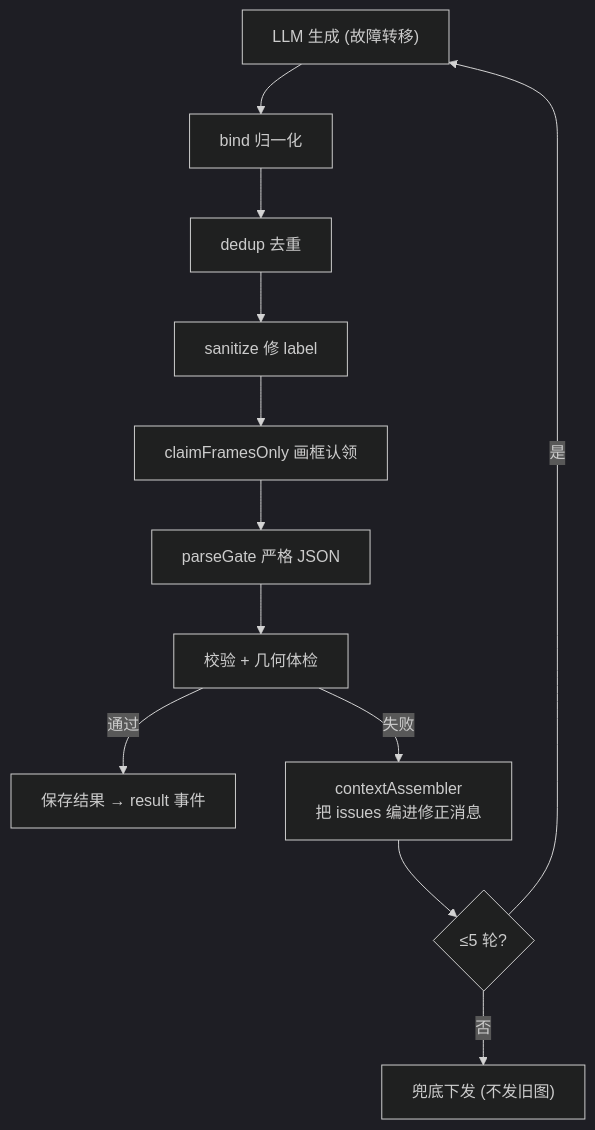
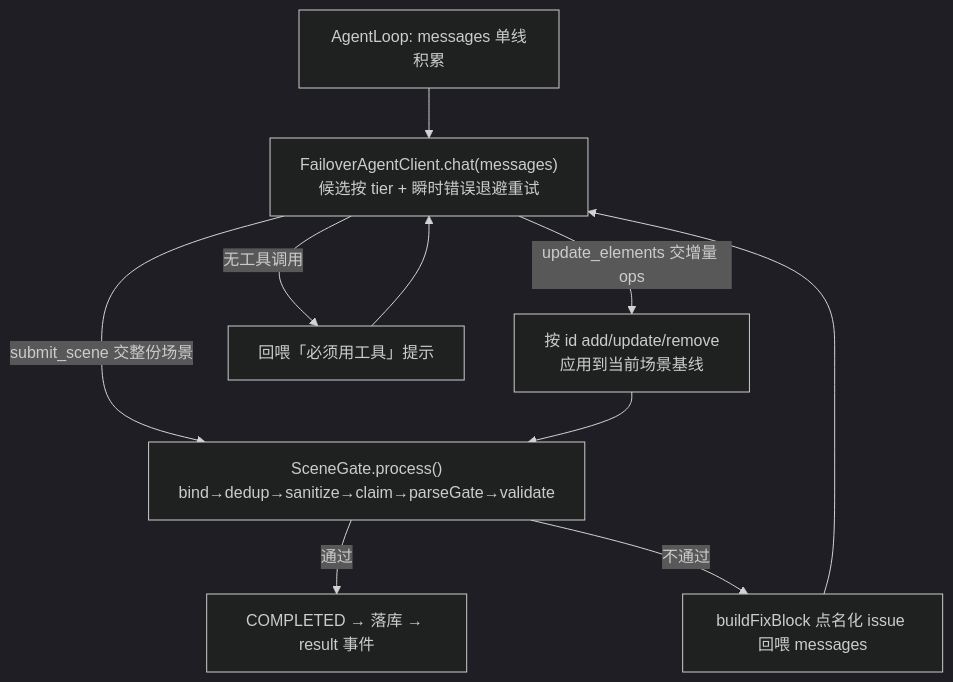
Before and after one commit to Nihao7-L/flowchart-ai: diagram 11 of 13 in workbuddyFlow/docs/FlowAI架构与交互机制.md, drawn with Mermaid (dark theme). The commit also changed other lines of this file and 37 other files, not shown here.

````diff
--- a/workbuddyFlow/docs/FlowAI架构与交互机制.md
+++ b/workbuddyFlow/docs/FlowAI架构与交互机制.md
@@ -376,14 +367,12 @@
 ```mermaid
 flowchart TD
-  G["LLM 生成 (故障转移)"] --> B["bind 归一化"]
-  B --> D["dedup 去重"]
-  D --> S["sanitize 修 label"]
-  S --> C["claimFramesOnly 画框认领"]
-  C --> P["parseGate 严格 JSON"]
-  P --> V["校验 + 几何体检"]
-  V -->|"通过"| Save["保存结果 → result 事件"]
-  V -->|"失败"| Fix["contextAssembler<br/>把 issues 编进修正消息"]
-  Fix --> R{"≤5 轮?"}
-  R -->|"是"| G
-  R -->|"否"| Fall["兜底下发 (不发旧图)"]
+  G["AgentLoop: messages 单线积累"] --> LLM["FailoverAgentClient.chat(messages)<br/>候选按 tier + 瞬时错误退避重试"]
+  LLM -->|"submit_scene 交整份场景"| Gate["SceneGate.process()<br/>bind→dedup→sanitize→claim→parseGate→validate"]
+  LLM -->|"update_elements 交增量 ops"| Ops["按 id add/update/remove<br/>应用到当前场景基线"]
+  Ops --> Gate
+  Gate -->|"通过"| Save["COMPLETED → 落库 → result 事件"]
+  Gate -->|"不通过"| Fix["buildFixBlock 点名化 issue 回喂 messages"]
+  Fix --> LLM
+  LLM -->|"无工具调用"| Nudge["回喂「必须用工具」提示"]
+  Nudge --> LLM
 ```
````
